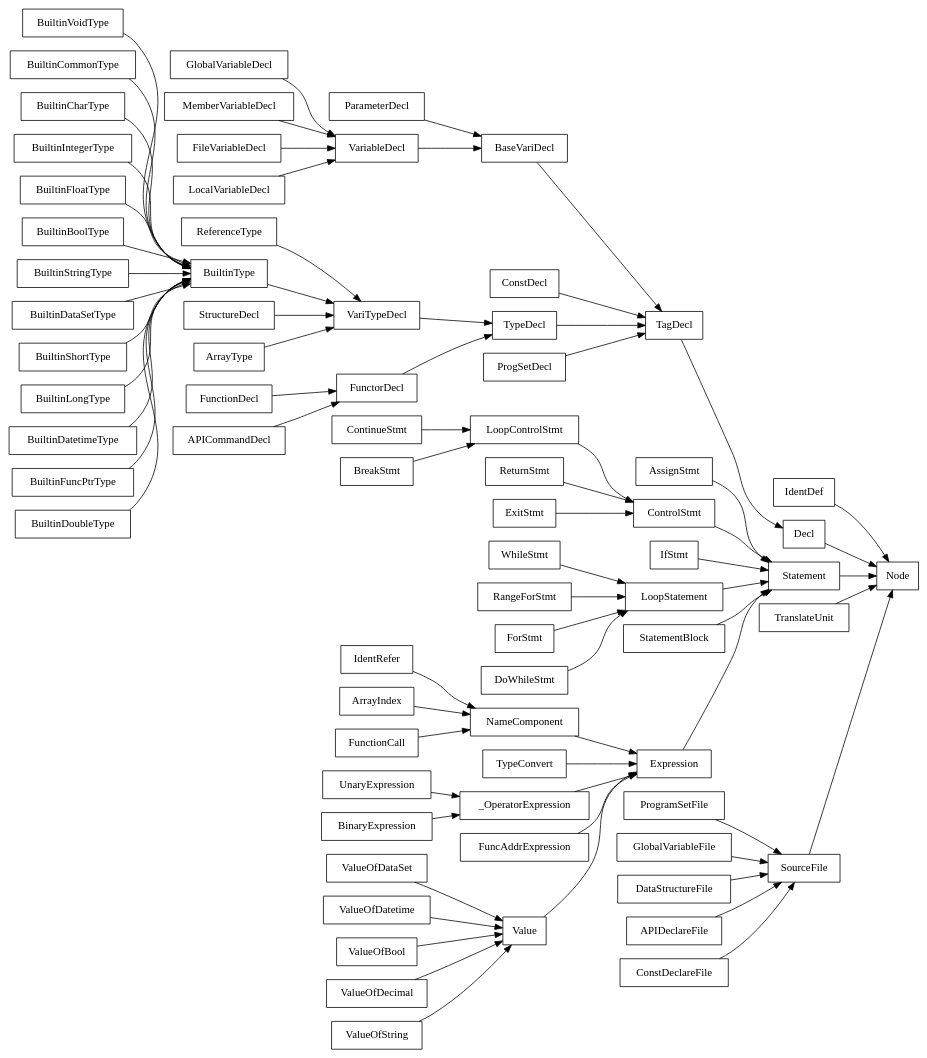
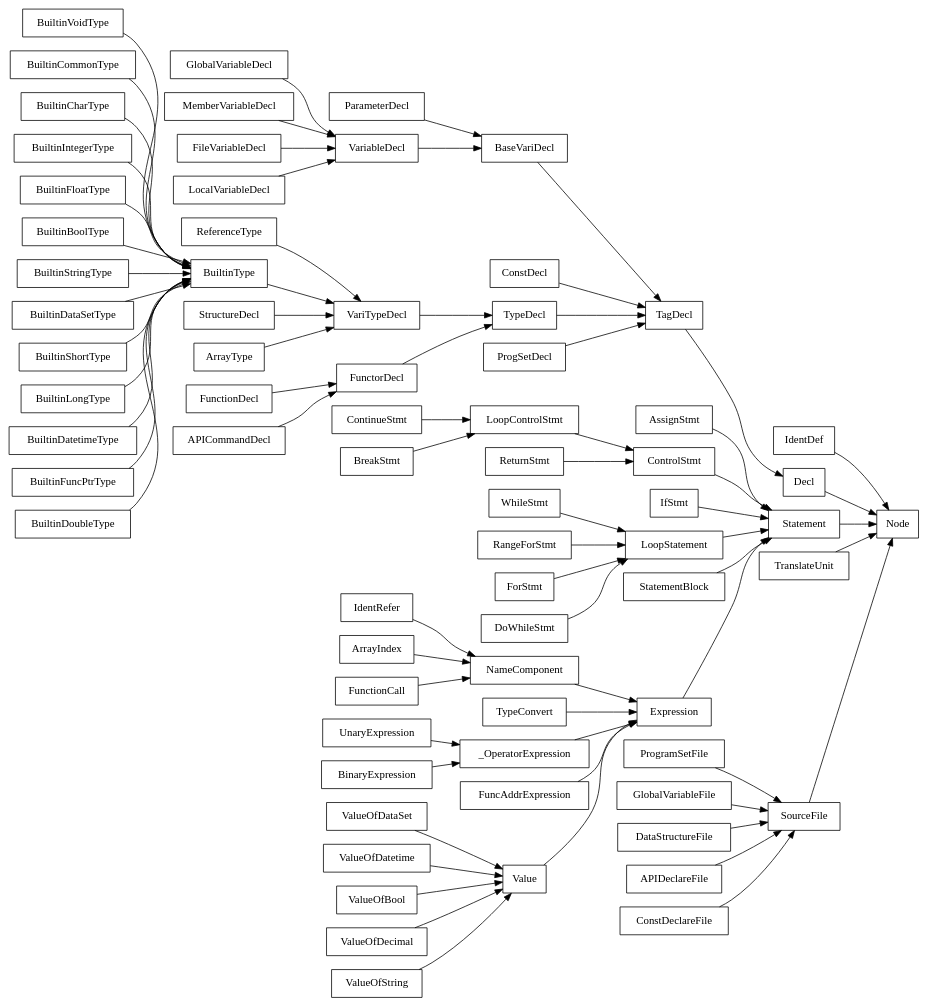
Before and after one commit to RonxBulld/RexLang: the diagram in Compiler/rexlang_compiler/NodeInheritGraph.gv, drawn with Graphviz. The commit also changed 27 other files, not shown here.

```diff
--- a/Compiler/rexlang_compiler/NodeInheritGraph.gv
+++ b/Compiler/rexlang_compiler/NodeInheritGraph.gv
@@ -1,76 +1,75 @@
 digraph G {
     rankdir=LR;
     node[shape=box];
     "SourceFile" -> "Node";
     "IdentDef" -> "Node";
     "Decl" -> "Node";
     "Statement" -> "Node";
     "TranslateUnit" -> "Node";
     "ProgramSetFile" -> "SourceFile";
     "GlobalVariableFile" -> "SourceFile";
     "DataStructureFile" -> "SourceFile";
     "APIDeclareFile" -> "SourceFile";
     "ConstDeclareFile" -> "SourceFile";
     "TagDecl" -> "Decl";
     "BaseVariDecl" -> "TagDecl";
     "ConstDecl" -> "TagDecl";
     "TypeDecl" -> "TagDecl";
     "ProgSetDecl" -> "TagDecl";
     "ParameterDecl" -> "BaseVariDecl";
     "VariableDecl" -> "BaseVariDecl";
     "GlobalVariableDecl" -> "VariableDecl";
     "MemberVariableDecl" -> "VariableDecl";
     "FileVariableDecl" -> "VariableDecl";
     "LocalVariableDecl" -> "VariableDecl";
     "VariTypeDecl" -> "TypeDecl";
     "FunctorDecl" -> "TypeDecl";
     "ReferenceType" -> "VariTypeDecl";
     "BuiltinType" -> "VariTypeDecl";
     "StructureDecl" -> "VariTypeDecl";
     "ArrayType" -> "VariTypeDecl";
     "BuiltinVoidType" -> "BuiltinType";
     "BuiltinCommonType" -> "BuiltinType";
     "BuiltinCharType" -> "BuiltinType";
     "BuiltinIntegerType" -> "BuiltinType";
     "BuiltinFloatType" -> "BuiltinType";
     "BuiltinBoolType" -> "BuiltinType";
     "BuiltinStringType" -> "BuiltinType";
     "BuiltinDataSetType" -> "BuiltinType";
     "BuiltinShortType" -> "BuiltinType";
     "BuiltinLongType" -> "BuiltinType";
     "BuiltinDatetimeType" -> "BuiltinType";
     "BuiltinFuncPtrType" -> "BuiltinType";
     "BuiltinDoubleType" -> "BuiltinType";
     "FunctionDecl" -> "FunctorDecl";
     "APICommandDecl" -> "FunctorDecl";
     "AssignStmt" -> "Statement";
     "ControlStmt" -> "Statement";
     "IfStmt" -> "Statement";
     "LoopStatement" -> "Statement";
     "StatementBlock" -> "Statement";
     "Expression" -> "Statement";
     "LoopControlStmt" -> "ControlStmt";
     "ReturnStmt" -> "ControlStmt";
-    "ExitStmt" -> "ControlStmt";
     "ContinueStmt" -> "LoopControlStmt";
     "BreakStmt" -> "LoopControlStmt";
     "WhileStmt" -> "LoopStatement";
     "RangeForStmt" -> "LoopStatement";
     "ForStmt" -> "LoopStatement";
     "DoWhileStmt" -> "LoopStatement";
     "NameComponent" -> "Expression";
     "TypeConvert" -> "Expression";
     "_OperatorExpression" -> "Expression";
     "FuncAddrExpression" -> "Expression";
     "Value" -> "Expression";
     "IdentRefer" -> "NameComponent";
     "ArrayIndex" -> "NameComponent";
     "FunctionCall" -> "NameComponent";
     "UnaryExpression" -> "_OperatorExpression";
     "BinaryExpression" -> "_OperatorExpression";
     "ValueOfDataSet" -> "Value";
     "ValueOfDatetime" -> "Value";
     "ValueOfBool" -> "Value";
     "ValueOfDecimal" -> "Value";
     "ValueOfString" -> "Value";
 }
```
